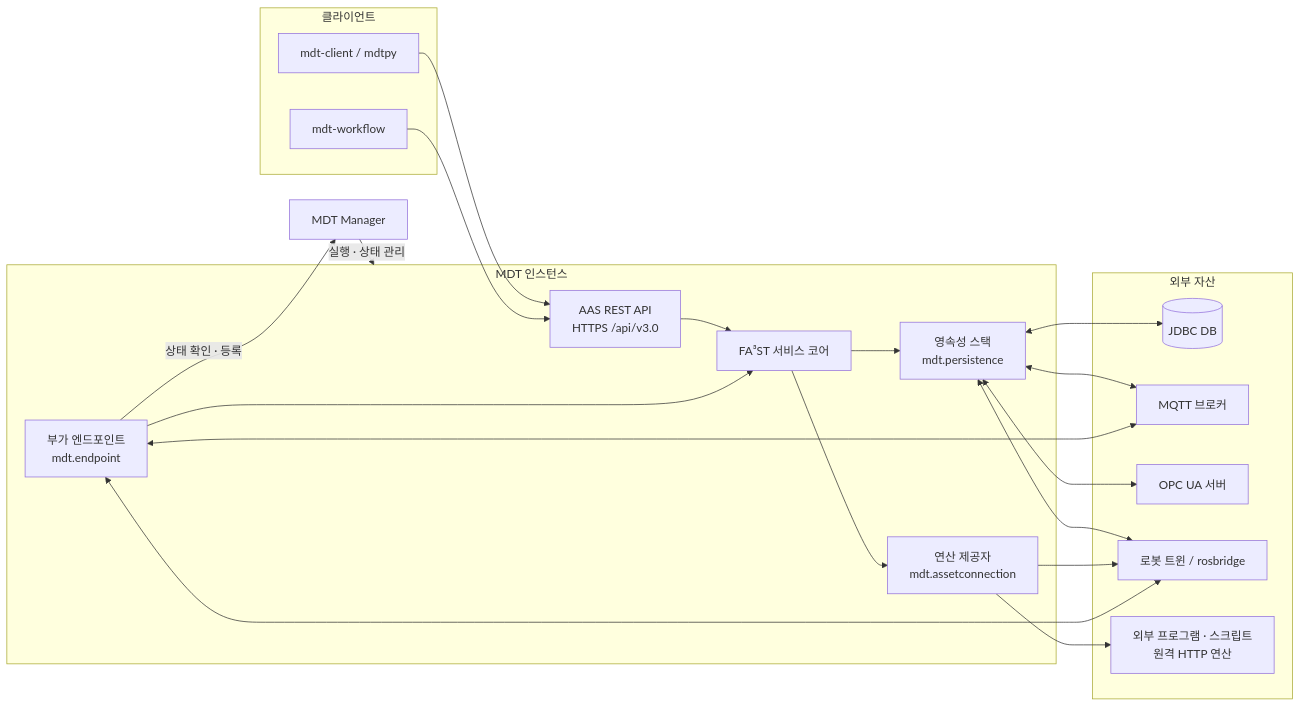
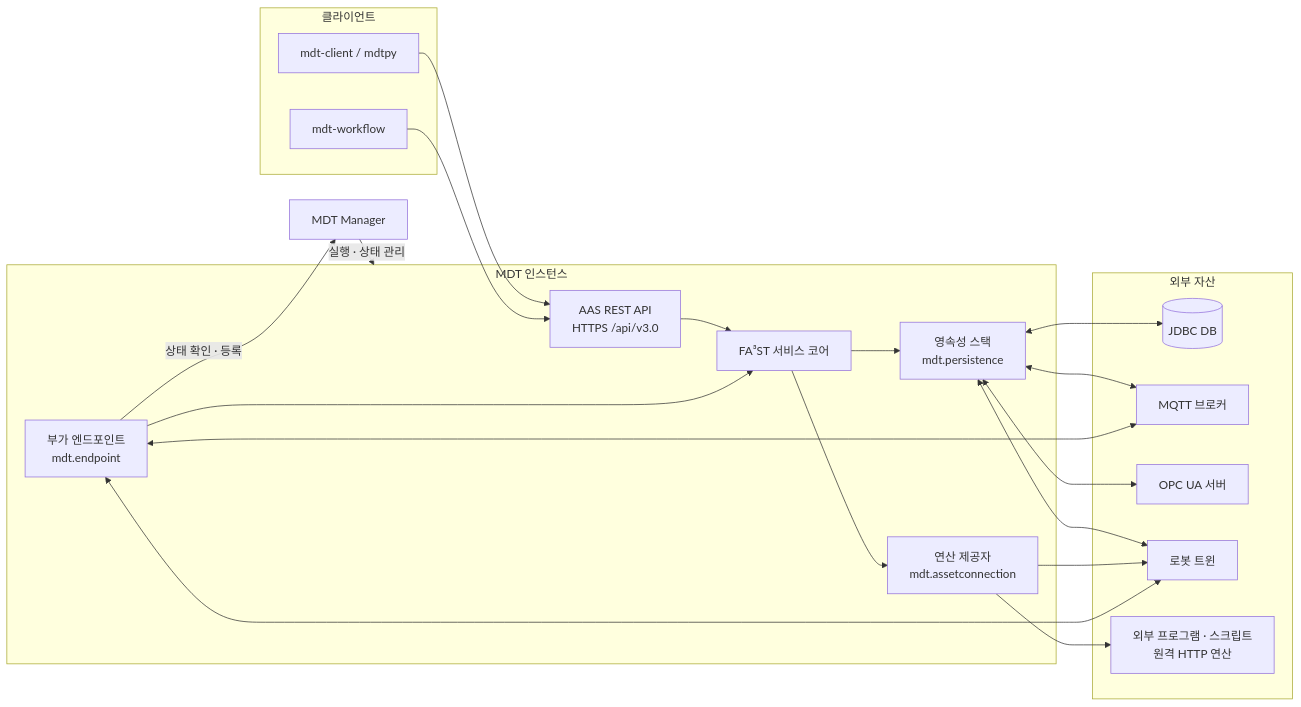
The first of 3 diagrams in README.md (kwlee0220/mdt-instance), drawn with Mermaid before and after one commit. The commit also changed other lines of this file and 22 other files, not shown here.

````diff
--- a/README.md
+++ b/README.md
@@ -31,42 +31,42 @@
 ```mermaid
 flowchart LR
     subgraph Clients[클라이언트]
         C1[mdt-client / mdtpy]
         C2[mdt-workflow]
     end
 
     MGR[MDT Manager]
 
     subgraph INST[MDT 인스턴스]
         HTTP[AAS REST API<br/>HTTPS /api/v3.0]
         CORE[FA³ST 서비스 코어]
         PS[영속성 스택<br/>mdt.persistence]
         AC[연산 제공자<br/>mdt.assetconnection]
         EP[부가 엔드포인트<br/>mdt.endpoint]
         HTTP --> CORE
         CORE --> PS
         CORE --> AC
         EP --> CORE
     end
 
     subgraph Assets[외부 자산]
         DB[(JDBC DB)]
         MQ[MQTT 브로커]
         OPC[OPC UA 서버]
-        RT[로봇 트윈 / rosbridge]
+        RT[로봇 트윈]
         PRG[외부 프로그램 · 스크립트<br/>원격 HTTP 연산]
     end
 
     C1 --> HTTP
     C2 --> HTTP
     MGR -- 실행 · 상태 관리 --> INST
     EP -- 상태 확인 · 등록 --> MGR
     PS <--> DB
     PS <--> MQ
     PS <--> OPC
     PS <--> RT
     AC --> PRG
     AC --> RT
     EP <--> MQ
     EP <--> RT
 ```
````
